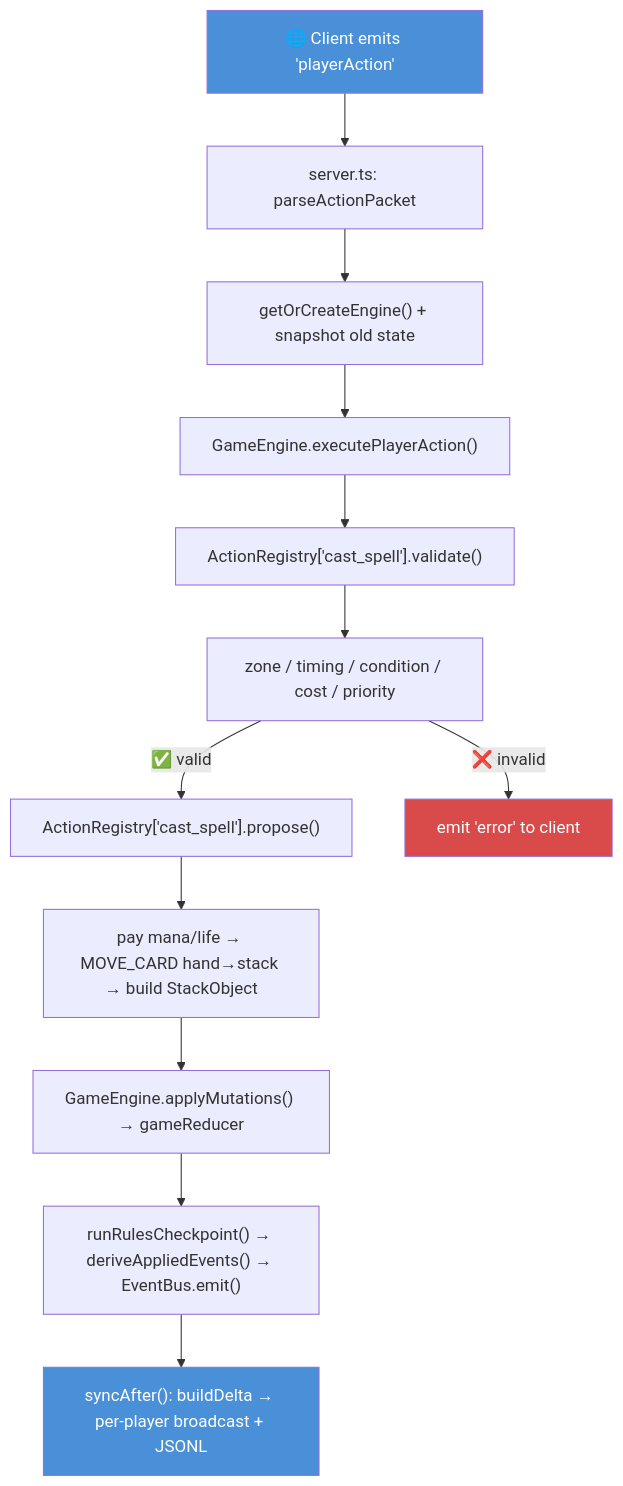
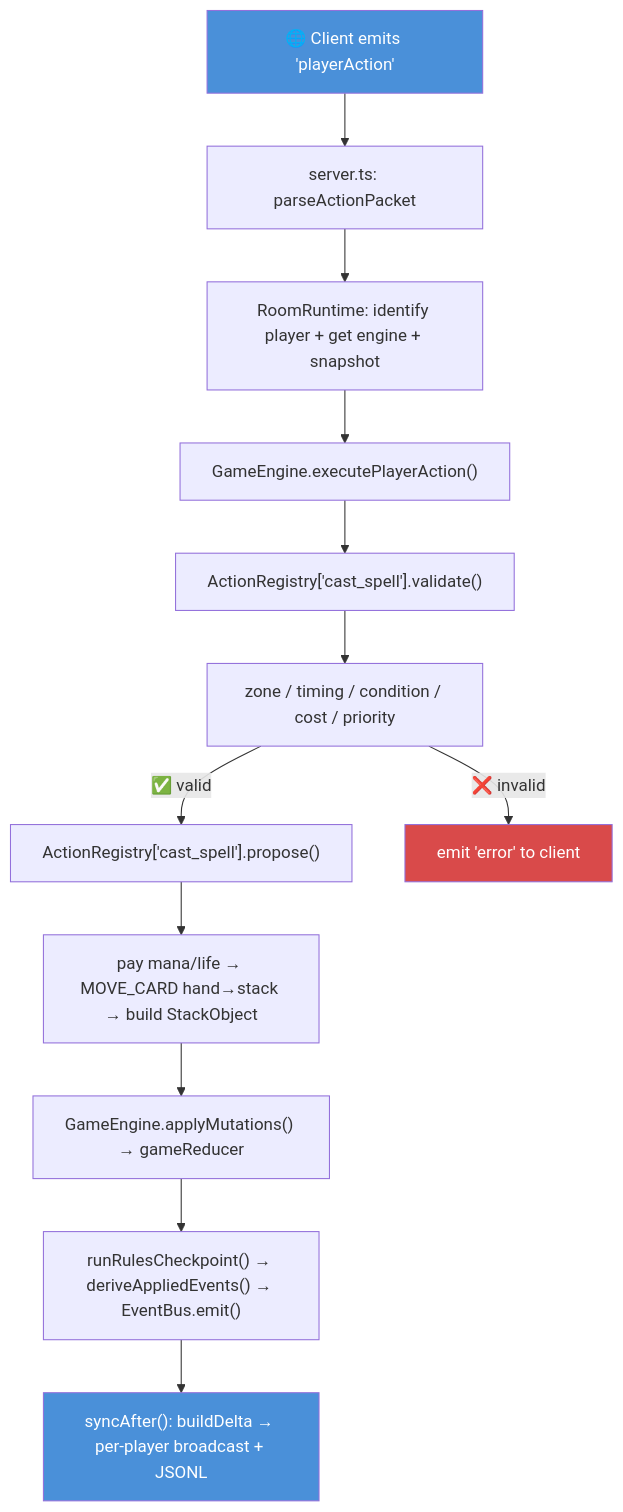
One commit to sschan39/card-game changed the first of 3 diagrams in ARCHITECTURE.md. Above: the diagram before and after it, drawn with Mermaid. The commit also changed other lines of this file and 3 other files, not shown here.

````diff
--- a/ARCHITECTURE.md
+++ b/ARCHITECTURE.md
@@ -603,17 +609,17 @@
 ```mermaid
 flowchart TD
     A["🌐 Client emits 'playerAction'"] --> B["server.ts: parseActionPacket"]
-    B --> C["getOrCreateEngine() + snapshot old state"]
+    B --> C["RoomRuntime: identify player + get engine + snapshot"]
     C --> D["GameEngine.executePlayerAction()"]
     D --> E["ActionRegistry['cast_spell'].validate()"]
     E --> E1["zone / timing / condition / cost / priority"]
     E1 -->|✅ valid| F["ActionRegistry['cast_spell'].propose()"]
     E1 -->|❌ invalid| FAIL["emit 'error' to client"]
     F --> G["pay mana/life → MOVE_CARD hand→stack → build StackObject"]
     G --> H["GameEngine.applyMutations() → gameReducer"]
     H --> I["runRulesCheckpoint() → deriveAppliedEvents() → EventBus.emit()"]
     I --> J["syncAfter(): buildDelta → per-player broadcast + JSONL"]
     style A fill:#4a90d9,color:#fff
     style FAIL fill:#d94a4a,color:#fff
     style J fill:#4a90d9,color:#fff
 ```
````
